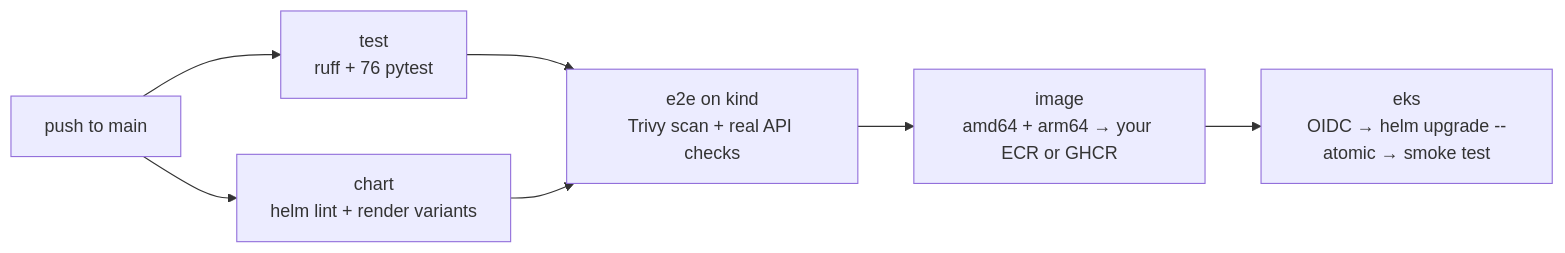
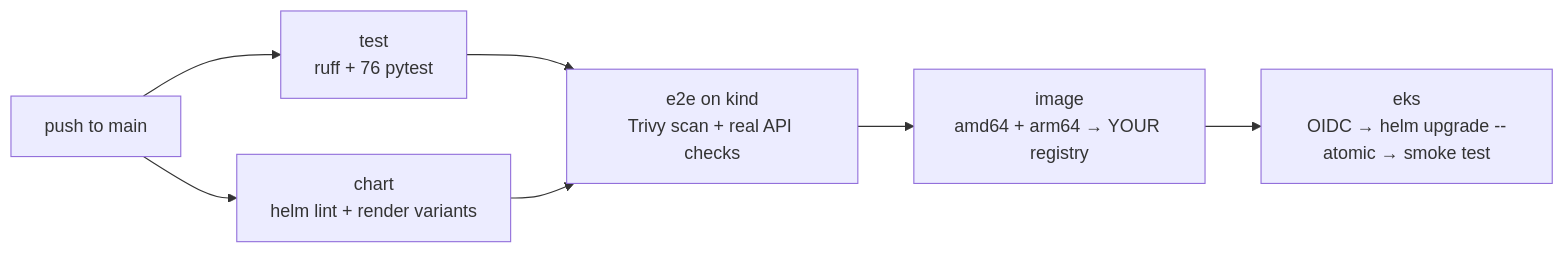
One commit to daniloiskilo84/eks-healthcheck changed the second of 2 diagrams in README.md. Above: the diagram before and after it, drawn with Mermaid. The commit also changed other lines of this file and 9 other files, not shown here.

````diff
--- a/README.md
+++ b/README.md
@@ -86,8 +86,8 @@
 ```mermaid
 flowchart LR
     P[push to main] --> T[test<br/>ruff + 76 pytest]
     P --> C[chart<br/>helm lint + render variants]
     T & C --> E[e2e on kind<br/>Trivy scan + real API checks]
-    E --> I[image<br/>amd64 + arm64 → your ECR or GHCR]
+    E --> I[image<br/>amd64 + arm64 → YOUR registry]
     I --> D[eks<br/>OIDC → helm upgrade --atomic → smoke test]
 ```
````
